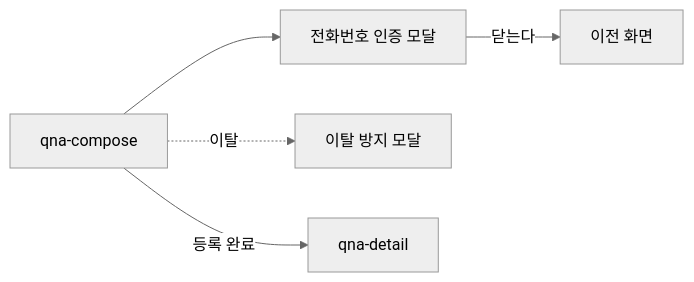
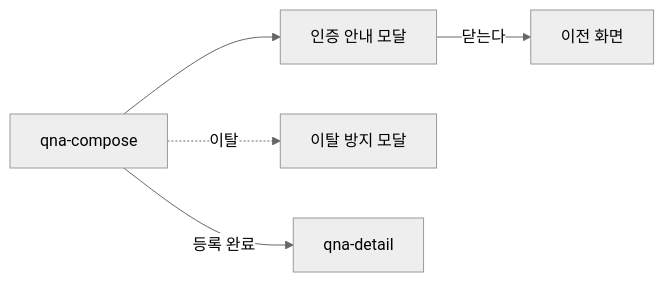
Before and after one commit to jisoo-y-mentree/mentree2-pd-fe: the diagram in design/screens/qna-compose/UI-SPEC.md, drawn with Mermaid (neutral theme). The commit also changed other lines of this file, not shown here.

````diff
--- a/design/screens/qna-compose/UI-SPEC.md
+++ b/design/screens/qna-compose/UI-SPEC.md
@@ -166,13 +180,13 @@
 ```mermaid
 flowchart LR
   comp["qna-compose"]
-  phone["전화번호 인증 모달"]
+  phone["인증 안내 모달"]
   leave["이탈 방지 모달"]
   qad["qna-detail"]
   back["이전 화면"]
 
   comp --> phone
   phone -->|"닫는다"| back
   comp -.->|"이탈"| leave
   comp -->|"등록 완료"| qad
 ```
````
